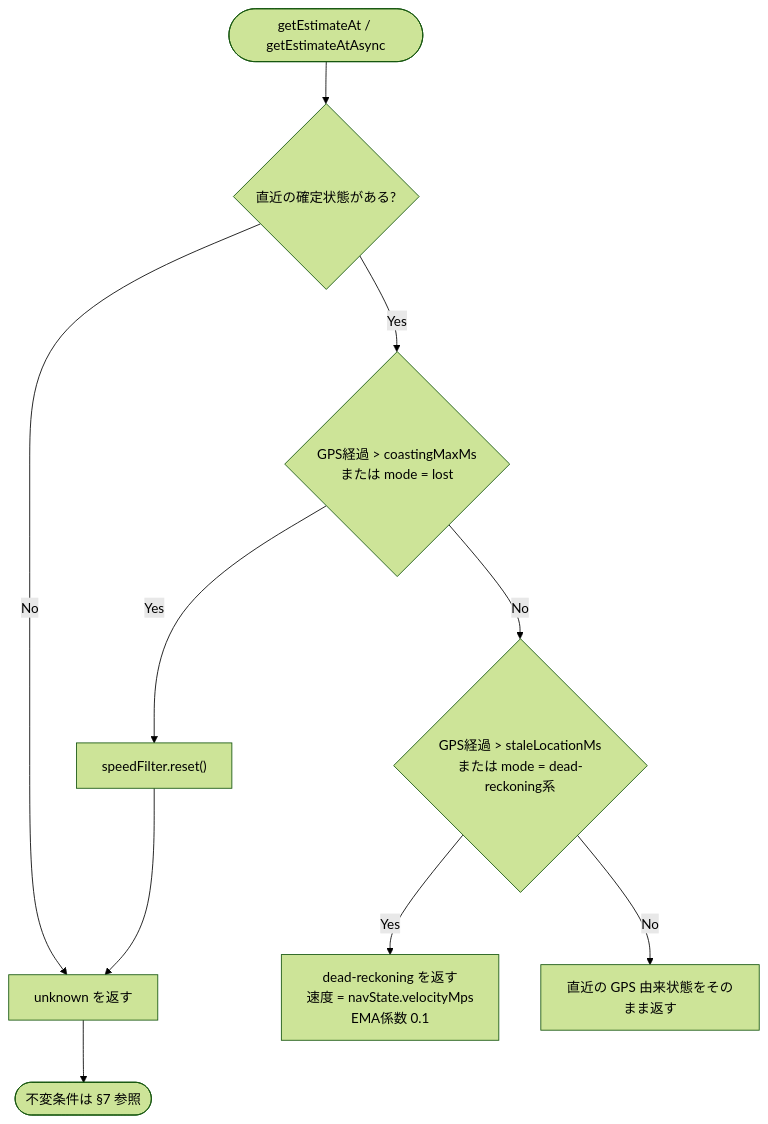
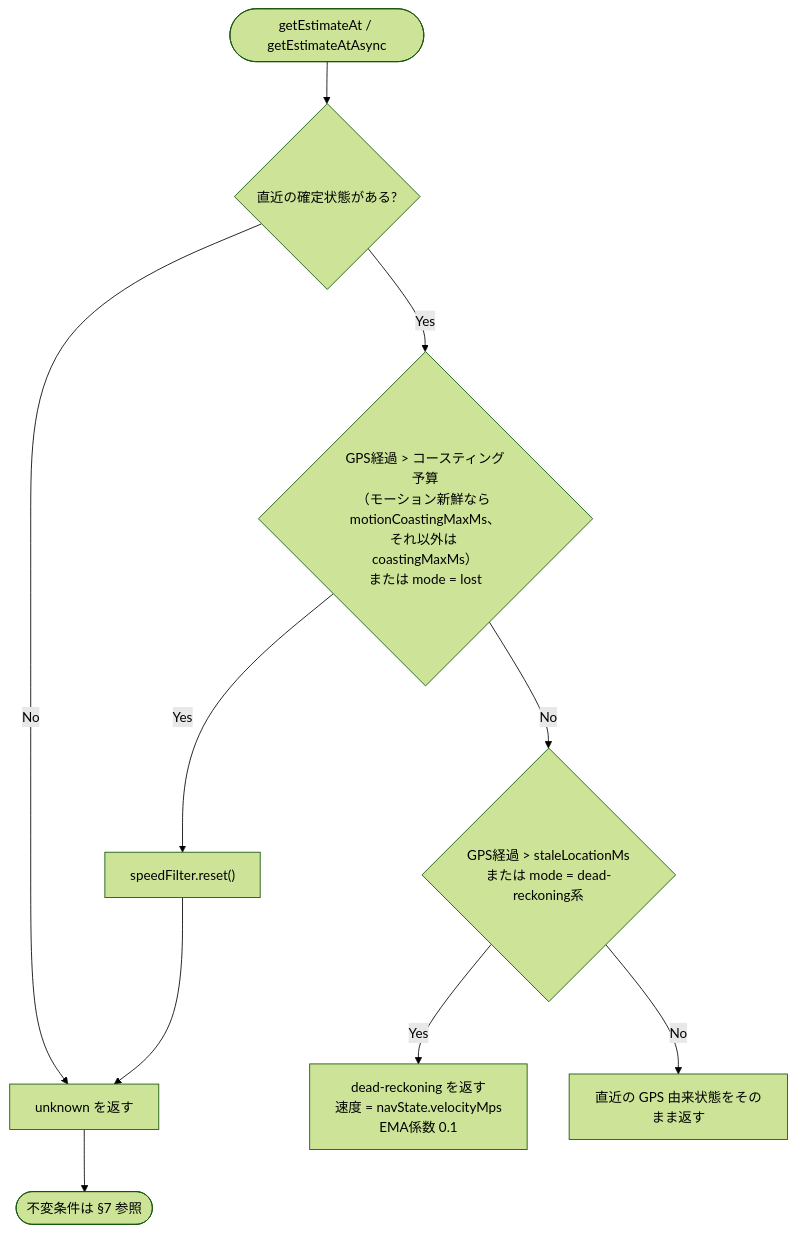
The second of 3 diagrams in docs/GPS_LOSS_SPEED_STATE_SPEC.md (TakuroFukamizu/railglance), drawn with Mermaid (forest theme) before and after one commit. The commit also changed other lines of this file and 8 other files, not shown here.

````diff
--- a/docs/GPS_LOSS_SPEED_STATE_SPEC.md
+++ b/docs/GPS_LOSS_SPEED_STATE_SPEC.md
@@ -98,13 +106,13 @@
 ```mermaid
 flowchart TD
     START(["getEstimateAt / getEstimateAtAsync"]) --> P0{"直近の確定状態がある?"}
     P0 -- No --> UNKNOWN["unknown を返す"]
-    P0 -- Yes --> P1{"GPS経過 > coastingMaxMs<br/>または mode = lost"}
+    P0 -- Yes --> P1{"GPS経過 > コースティング予算<br/>（モーション新鮮なら motionCoastingMaxMs、<br/>それ以外は coastingMaxMs）<br/>または mode = lost"}
     P1 -- Yes --> RESET["speedFilter.reset()"]
     RESET --> UNKNOWN
     P1 -- No --> P2{"GPS経過 > staleLocationMs<br/>または mode = dead-reckoning系"}
     P2 -- Yes --> DR["dead-reckoning を返す<br/>速度 = navState.velocityMps<br/>EMA係数 0.1"]
     P2 -- No --> FRESH["直近の GPS 由来状態をそのまま返す"]
 
     UNKNOWN --> INV(["不変条件は §7 参照"])
 ```
````
